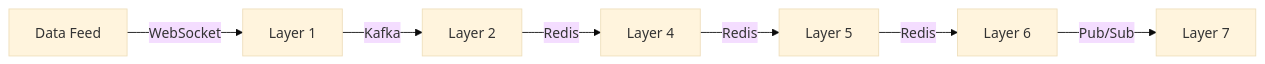
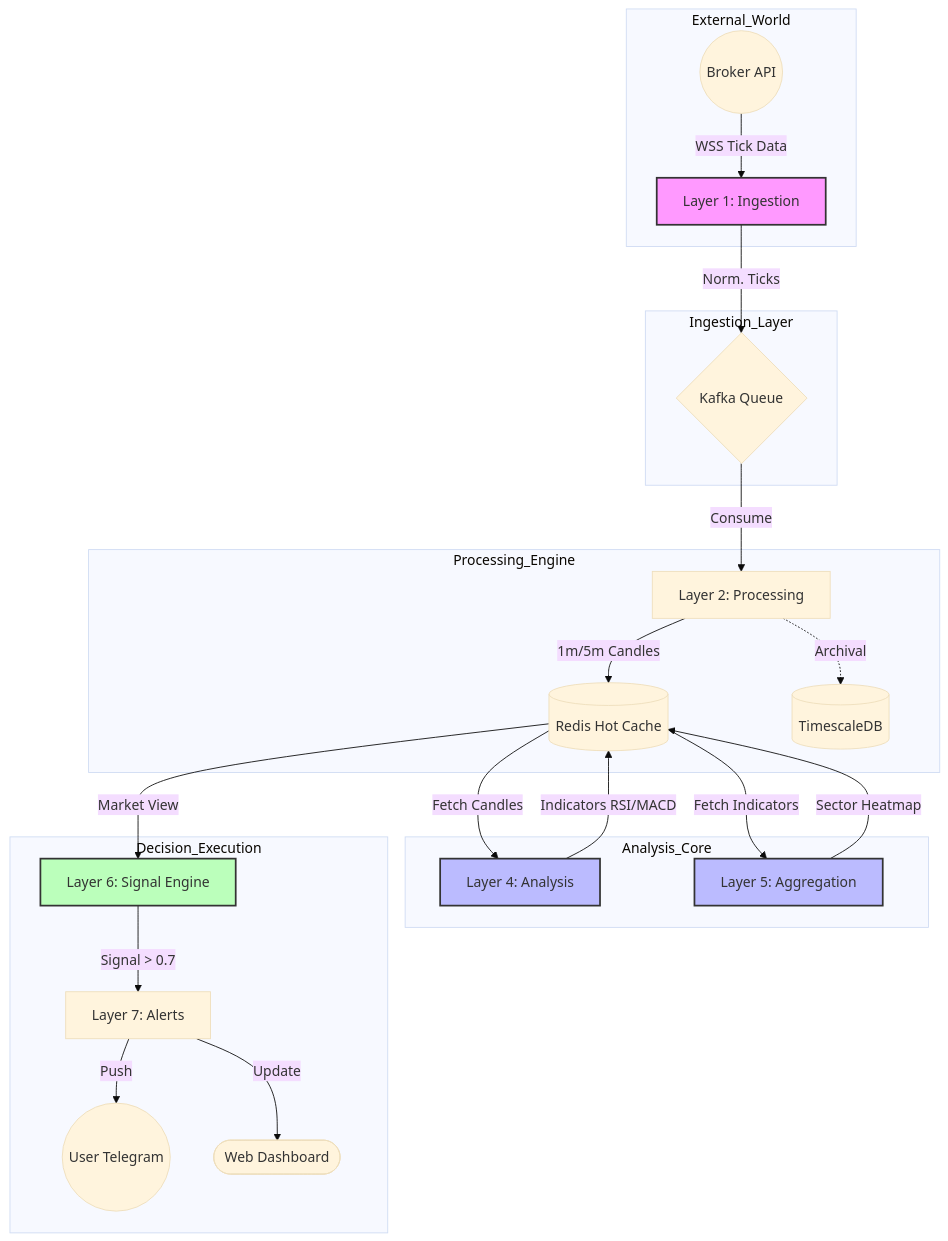
The diagram in README.md (sonu831/Trading-System), drawn with Mermaid (base theme) before and after one commit. The commit also changed other lines of this file and 30 other files, not shown here.

````diff
--- a/README.md
+++ b/README.md
@@ -43,9 +44,36 @@
 ```mermaid
-graph LR
-    Input[Data Feed] -->|WebSocket| Ingestion[Layer 1]
-    Ingestion -->|Kafka| Processing[Layer 2]
-    Processing -->|Redis| Analysis[Layer 4]
-    Analysis -->|Redis| Aggregation[Layer 5]
-    Aggregation -->|Redis| Decision[Layer 6]
-    Decision -->|Pub/Sub| Alerts[Layer 7]
+graph TD
+    subgraph External_World
+        Broker((Broker API)) -->|WSS Tick Data| L1
+    end
+
+    subgraph Ingestion_Layer
+        L1[Layer 1: Ingestion] 
+        style L1 fill:#f9f,stroke:#333,stroke-width:2px
+        L1 -->|Norm. Ticks| Kafka{Kafka Queue}
+    end
+
+    subgraph Processing_Engine
+        Kafka -->|Consume| L2[Layer 2: Processing]
+        L2 -->|1m/5m Candles| Redis[(Redis Hot Cache)]
+        L2 -.->|Archival| Timescale[(TimescaleDB)]
+    end
+
+    subgraph Analysis_Core
+        Redis -->|Fetch Candles| L4[Layer 4: Analysis]
+        style L4 fill:#bbf,stroke:#333,stroke-width:2px
+        L4 -->|Indicators RSI/MACD| Redis
+        
+        Redis -->|Fetch Indicators| L5[Layer 5: Aggregation]
+        style L5 fill:#bbf,stroke:#333,stroke-width:2px
+        L5 -->|Sector Heatmap| Redis
+    end
+
+    subgraph Decision_Execution
+        Redis -->|Market View| L6[Layer 6: Signal Engine]
+        style L6 fill:#bfb,stroke:#333,stroke-width:2px
+        L6 -->|Signal > 0.7| L7[Layer 7: Alerts]
+        L7 -->|Push| User((User Telegram))
+        L7 -->|Update| Dash([Web Dashboard])
+    end
 ```
````
